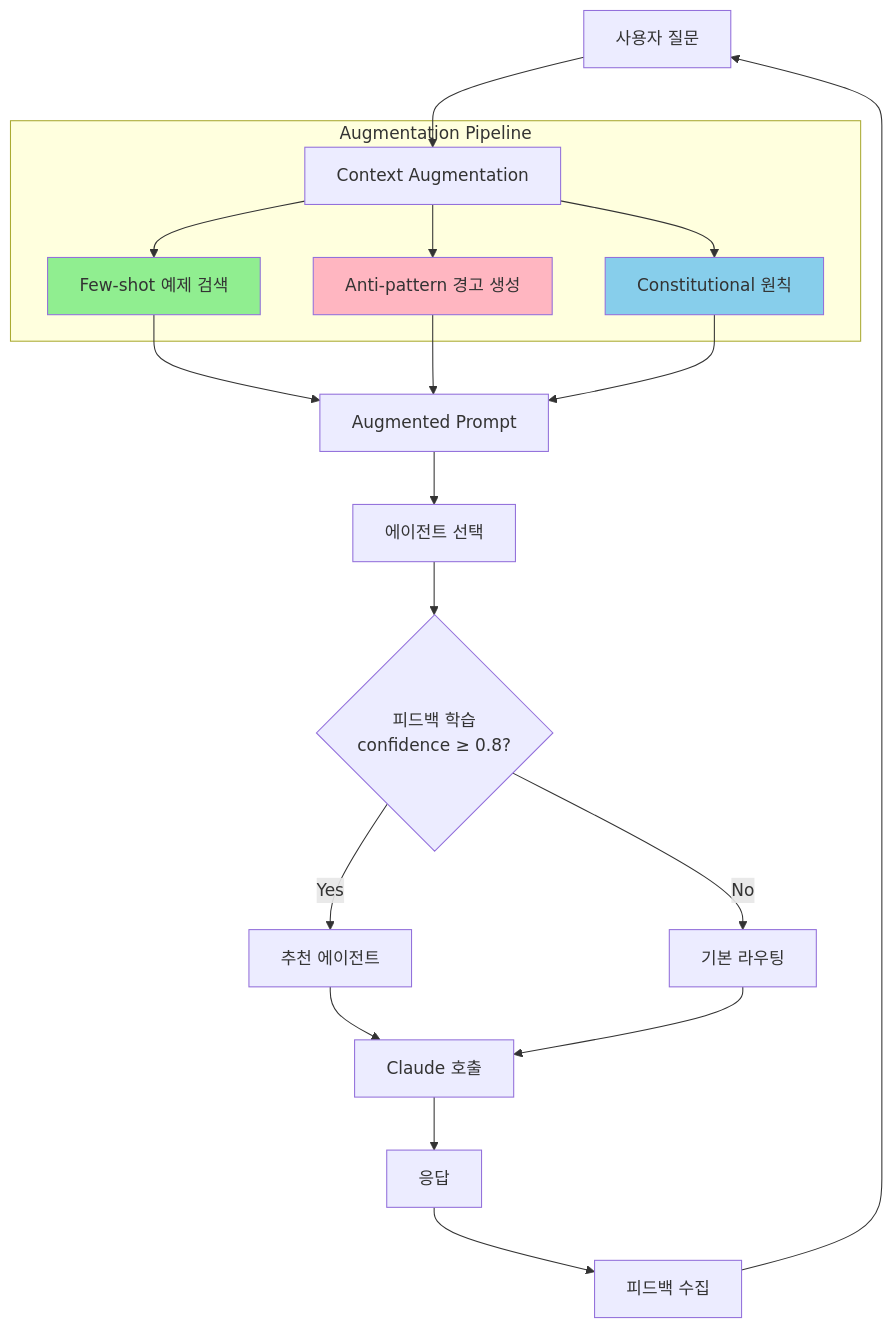
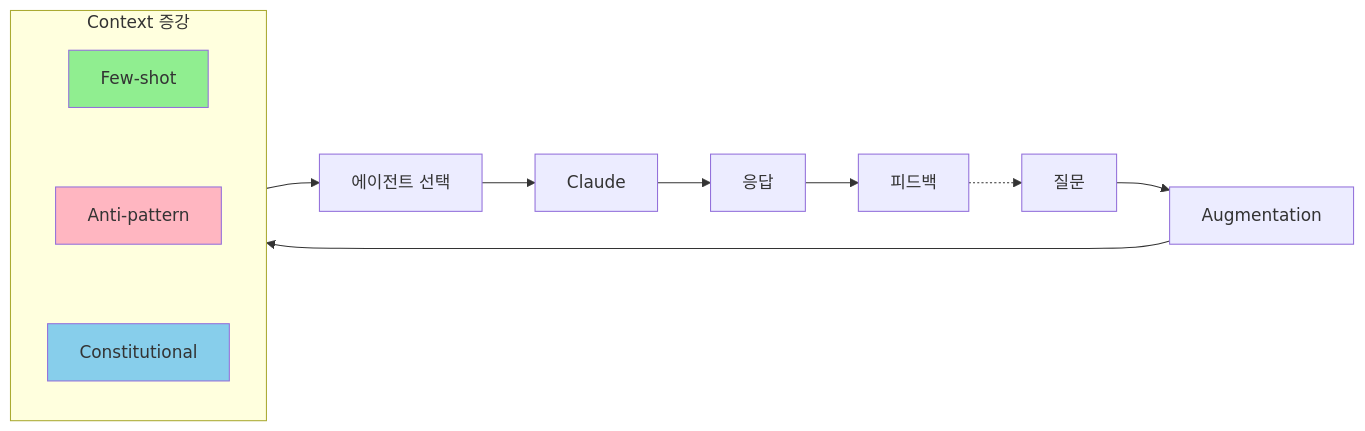
The fifth of 6 diagrams in content/posts/2025-12-28-llm-feedback-utilization-pipeline.md (Gyeom/dev-notes), drawn with Mermaid before and after one commit. The commit also changed other lines of this file and 1 other file, not shown here.

Commit message:
Fix: Mermaid 다이어그램 flowchart TB → LR로 변경
- RLHF 2단계 다이어그램: 가로 배치
- Training vs Prompting 비교: 가로 배치
- Gold Standard 활용 경로: 가로 배치
- 전체 파이프라인: 간소화 + 가로 배치

writing-guide.md의 "가로 우선" 규칙 적용

🤖 Generated with [Claude Code](https://claude.com/claude-code)

````diff
--- a/content/posts/2025-12-28-llm-feedback-utilization-pipeline.md
+++ b/content/posts/2025-12-28-llm-feedback-utilization-pipeline.md
@@ -354,29 +354,15 @@
 ```mermaid
-flowchart TB
-    A["사용자 질문"] --> B["Context Augmentation"]
+flowchart LR
+    A["질문"] --> B["Augmentation"]
 
-    subgraph Aug["Augmentation Pipeline"]
-        B --> C["Few-shot 예제 검색"]
-        B --> D["Anti-pattern 경고 생성"]
-        B --> E["Constitutional 원칙"]
+    subgraph Aug["Context 증강"]
+        B1["Few-shot"] ~~~ B2["Anti-pattern"] ~~~ B3["Constitutional"]
     end
 
-    C --> F["Augmented Prompt"]
-    D --> F
-    E --> F
+    B --> Aug --> C["에이전트 선택"] --> D["Claude"] --> E["응답"] --> F["피드백"]
+    F -.-> A
 
-    F --> G["에이전트 선택"]
-    G --> H{"피드백 학습<br/>confidence ≥ 0.8?"}
-    H -->|Yes| I["추천 에이전트"]
-    H -->|No| J["기본 라우팅"]
-
-    I --> K["Claude 호출"]
-    J --> K
-    K --> L["응답"]
-    L --> M["피드백 수집"]
-    M --> A
-
-    style C fill:#90EE90
-    style D fill:#FFB6C1
-    style E fill:#87CEEB
+    style B1 fill:#90EE90
+    style B2 fill:#FFB6C1
+    style B3 fill:#87CEEB
 ```
````
